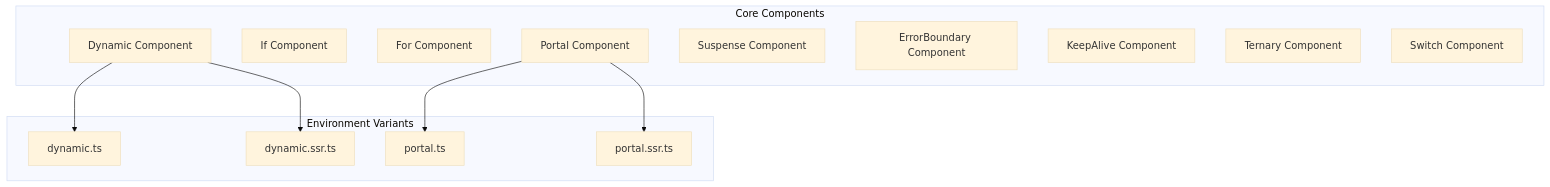
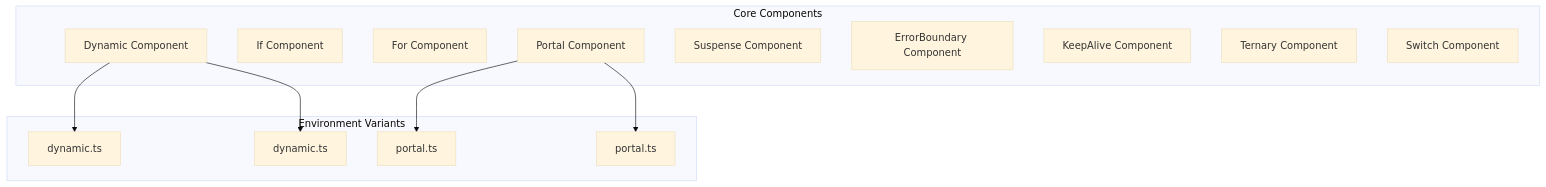
The first of 7 diagrams in .qoder/repowiki/en/content/Components/Components.md (wobyjs/woby), drawn with Mermaid (base theme) before and after one commit. The commit also changed other lines of this file and 36 other files, not shown here.

````diff
--- a/.qoder/repowiki/en/content/Components/Components.md
+++ b/.qoder/repowiki/en/content/Components/Components.md
@@ -49,24 +49,24 @@
 ```mermaid
 graph TB
 subgraph "Core Components"
 Dynamic["Dynamic Component"]
 If["If Component"]
 For["For Component"]
 Portal["Portal Component"]
 Suspense["Suspense Component"]
 ErrorBoundary["ErrorBoundary Component"]
 KeepAlive["KeepAlive Component"]
 Ternary["Ternary Component"]
 Switch["Switch Component"]
 end
 subgraph "Environment Variants"
 DynamicClient["dynamic.ts"]
-DynamicSSR["dynamic.ssr.ts"]
+DynamicSSR["dynamic.ts"]
 PortalClient["portal.ts"]
-PortalSSR["portal.ssr.ts"]
+PortalSSR["portal.ts"]
 end
 Dynamic --> DynamicClient
 Dynamic --> DynamicSSR
 Portal --> PortalClient
 Portal --> PortalSSR
 ```
````
